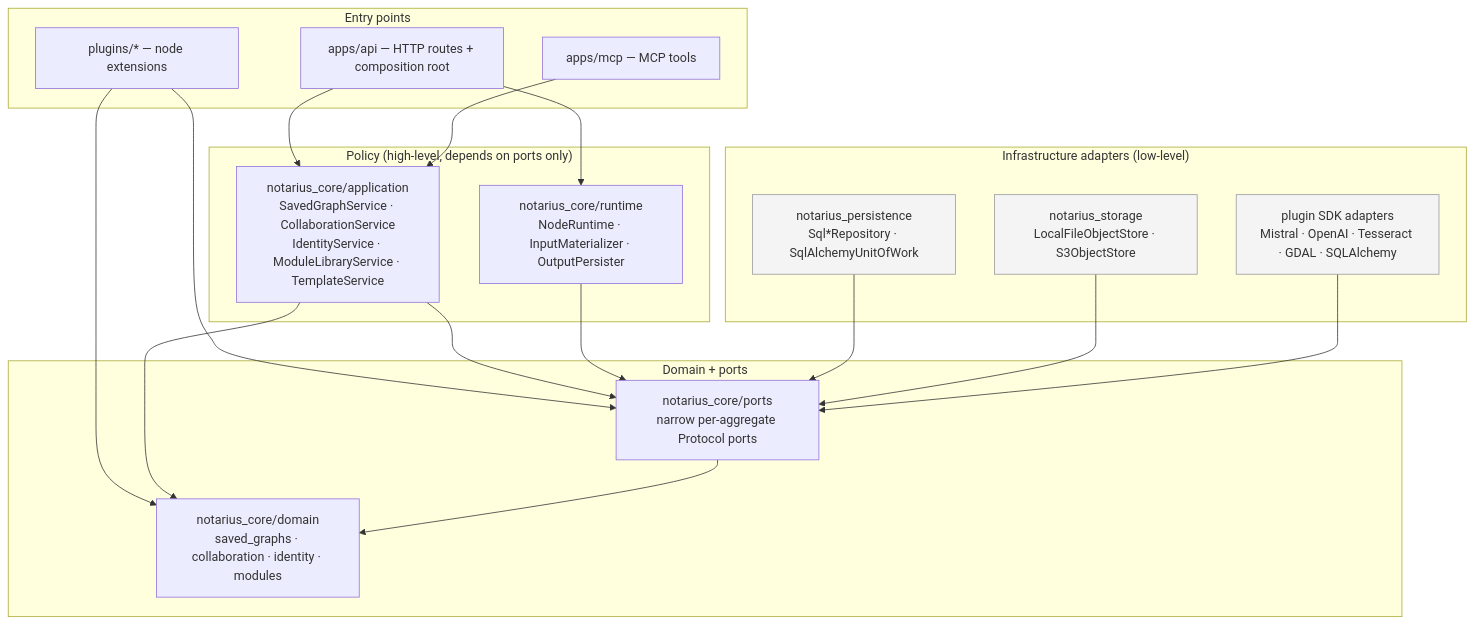
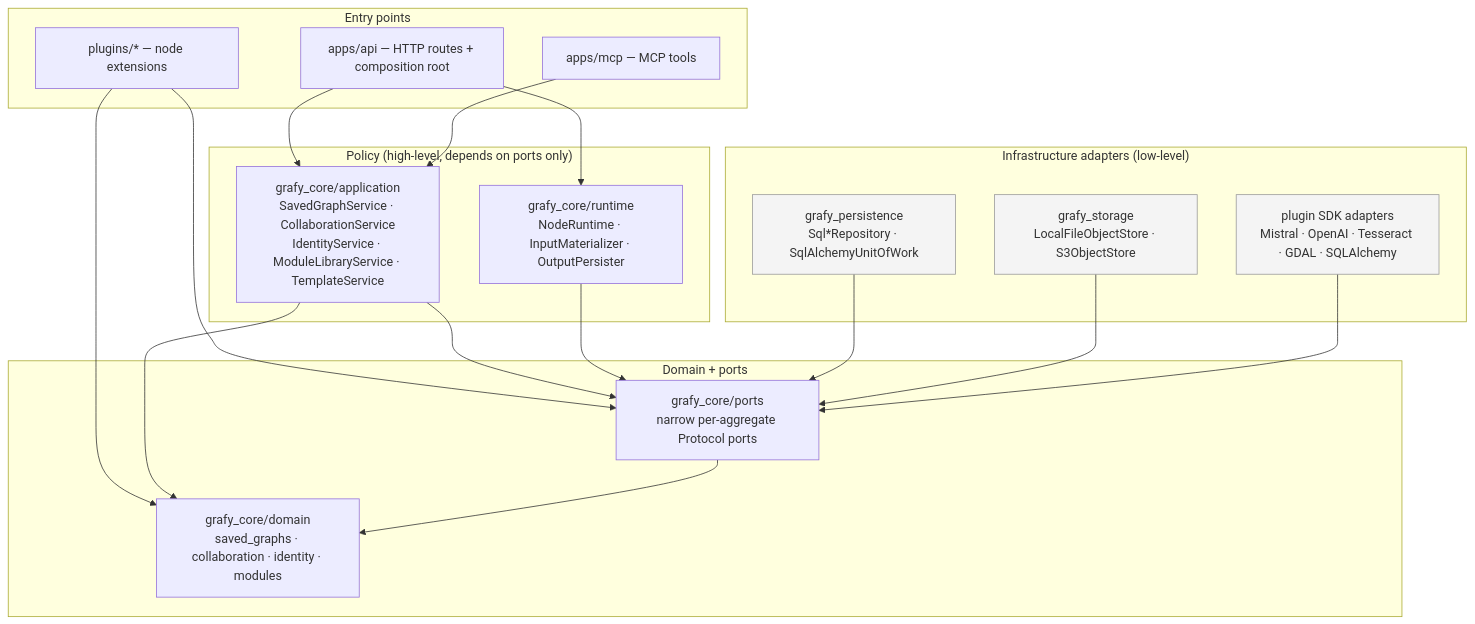
One commit to artpods56/KUL_IDUB_EcclesialSchematisms changed the second of 13 diagrams in docs/design/backend-architecture.md. Above: the diagram before and after it, drawn with Mermaid. The commit also changed other lines of this file and 575 other files, not shown here.

Commit message:
refactor: rename Notarius to Grafy

````diff
--- a/docs/design/backend-architecture.md
+++ b/docs/design/backend-architecture.md
@@ -74,38 +74,38 @@
 ```mermaid
 flowchart TB
     subgraph EntryPoints["Entry points"]
         API["apps/api — HTTP routes + composition root"]
         MCP["apps/mcp — MCP tools"]
         Plugins["plugins/* — node extensions"]
     end
     subgraph Policy["Policy (high-level, depends on ports only)"]
-        App["notarius_core/application\nSavedGraphService · CollaborationService\nIdentityService · ModuleLibraryService · TemplateService"]
-        Runtime["notarius_core/runtime\nNodeRuntime · InputMaterializer · OutputPersister"]
+        App["grafy_core/application\nSavedGraphService · CollaborationService\nIdentityService · ModuleLibraryService · TemplateService"]
+        Runtime["grafy_core/runtime\nNodeRuntime · InputMaterializer · OutputPersister"]
     end
     subgraph Domain["Domain + ports"]
-        DomainAgg["notarius_core/domain\nsaved_graphs · collaboration · identity · modules"]
-        Ports["notarius_core/ports\nnarrow per-aggregate Protocol ports"]
+        DomainAgg["grafy_core/domain\nsaved_graphs · collaboration · identity · modules"]
+        Ports["grafy_core/ports\nnarrow per-aggregate Protocol ports"]
     end
     subgraph Adapters["Infrastructure adapters (low-level)"]
-        Persistence["notarius_persistence\nSql*Repository · SqlAlchemyUnitOfWork"]
-        Storage["notarius_storage\nLocalFileObjectStore · S3ObjectStore"]
+        Persistence["grafy_persistence\nSql*Repository · SqlAlchemyUnitOfWork"]
+        Storage["grafy_storage\nLocalFileObjectStore · S3ObjectStore"]
         SDKs["plugin SDK adapters\nMistral · OpenAI · Tesseract · GDAL · SQLAlchemy"]
     end
 
     API --> App
     API --> Runtime
     MCP --> App
     Plugins --> Ports
     Plugins --> DomainAgg
     App --> Ports
     App --> DomainAgg
     Runtime --> Ports
     Ports --> DomainAgg
     Persistence --> Ports
     Storage --> Ports
     SDKs --> Ports
 
     style Persistence fill:#f4f4f4,stroke:#999
     style Storage fill:#f4f4f4,stroke:#999
     style SDKs fill:#f4f4f4,stroke:#999
 ```
````
